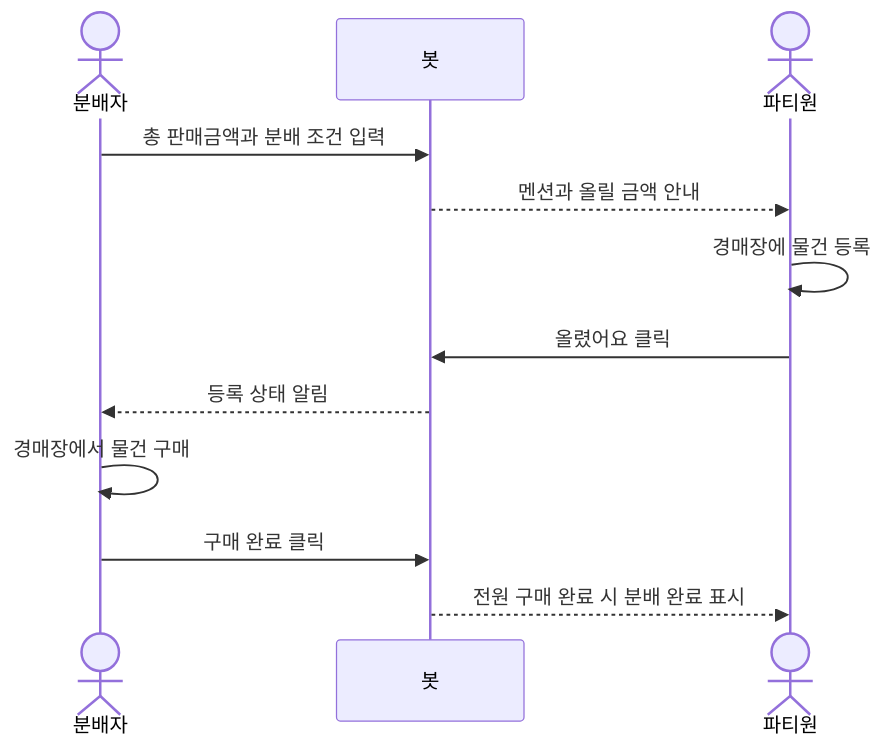
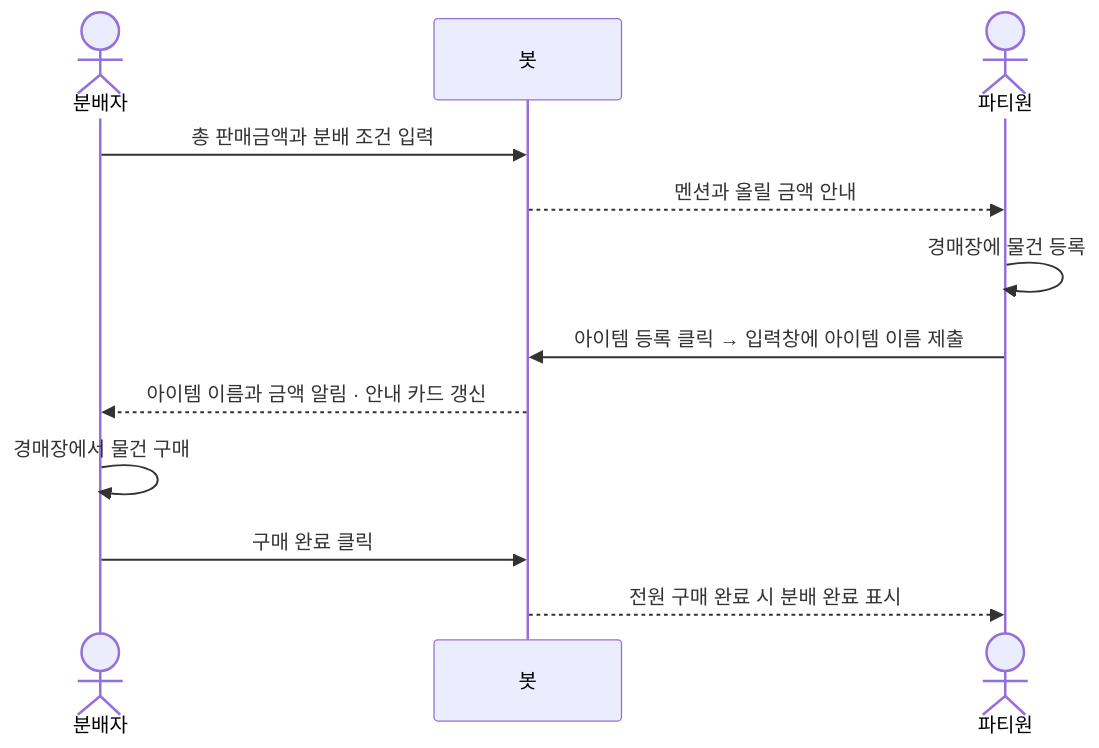
The diagram in README.md (JinDevLab/ricemonkey-bot), drawn with Mermaid before and after one commit. The commit also changed other lines of this file and 3 other files, not shown here.

````diff
--- a/README.md
+++ b/README.md
@@ -68,14 +68,14 @@
 ```mermaid
 sequenceDiagram
     actor Distributor as 분배자
     participant Bot as 봇
     actor Member as 파티원
     Distributor->>Bot: 총 판매금액과 분배 조건 입력
     Bot-->>Member: 멘션과 올릴 금액 안내
     Member->>Member: 경매장에 물건 등록
-    Member->>Bot: 올렸어요 클릭
-    Bot-->>Distributor: 등록 상태 알림
+    Member->>Bot: 아이템 등록 클릭 → 입력창에 아이템 이름 제출
+    Bot-->>Distributor: 아이템 이름과 금액 알림 · 안내 카드 갱신
     Distributor->>Distributor: 경매장에서 물건 구매
     Distributor->>Bot: 구매 완료 클릭
     Bot-->>Member: 전원 구매 완료 시 분배 완료 표시
 ```
````
